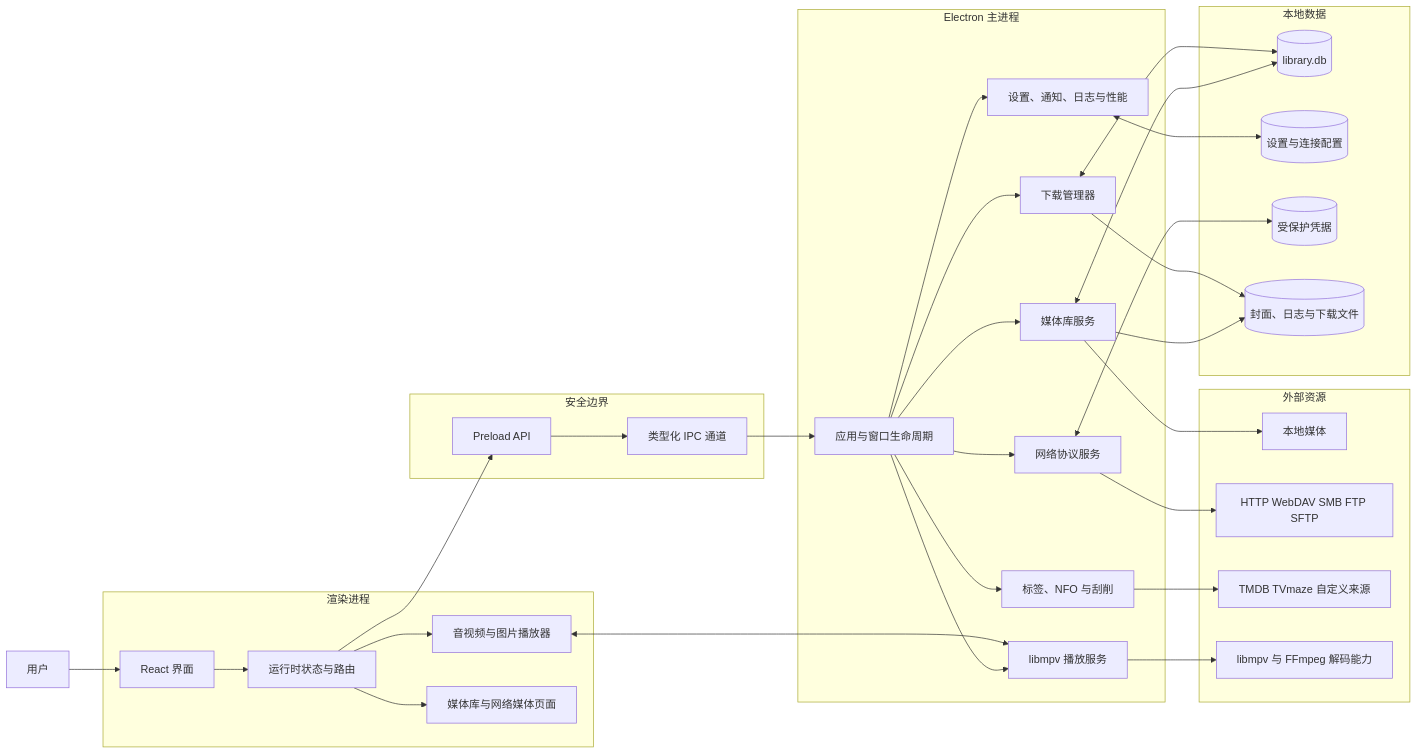
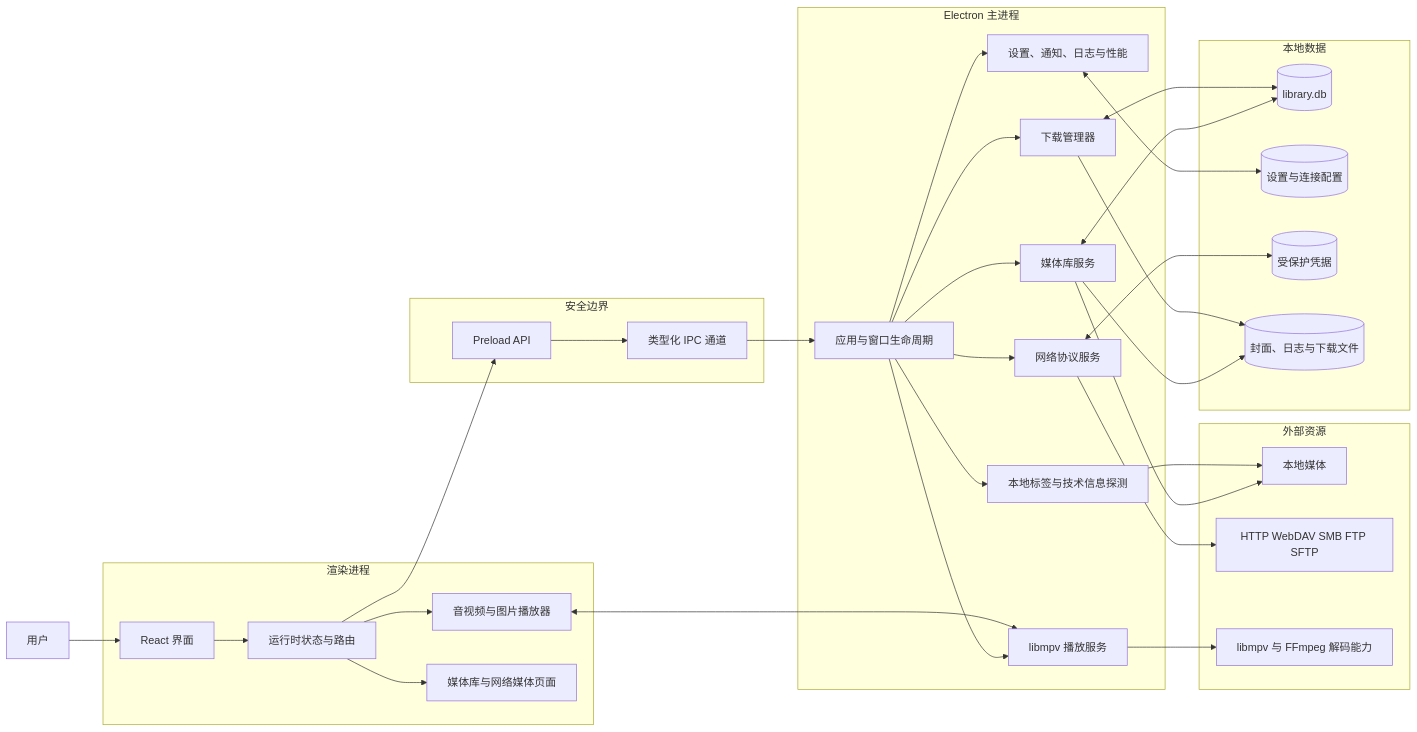
One commit to mrlei9264/AuroraPlayerNodeJs changed the diagram in docs/architecture.md. Above: the diagram before and after it, drawn with Mermaid. The commit also changed other lines of this file and 24 other files, not shown here.

````diff
--- a/docs/architecture.md
+++ b/docs/architecture.md
@@ -5,60 +5,59 @@
 ```mermaid
 flowchart LR
     User[用户] --> UI[React 界面]
 
     subgraph Renderer[渲染进程]
         UI --> Runtime[运行时状态与路由]
         Runtime --> PlayerUI[音视频与图片播放器]
         Runtime --> Pages[媒体库与网络媒体页面]
     end
 
     subgraph Bridge[安全边界]
         Preload[Preload API]
         IPC[类型化 IPC 通道]
     end
 
     subgraph Main[Electron 主进程]
         App[应用与窗口生命周期]
         Library[媒体库服务]
         Remote[网络协议服务]
         Download[下载管理器]
-        Metadata[标签、NFO 与刮削]
+        Metadata[本地标签与技术信息探测]
         System[设置、通知、日志与性能]
         MpvService[libmpv 播放服务]
     end
 
     subgraph Storage[本地数据]
         SQLite[(library.db)]
         Config[(设置与连接配置)]
         Security[(受保护凭据)]
         Files[(封面、日志与下载文件)]
     end
 
     subgraph External[外部资源]
         LocalMedia[本地媒体]
         NetworkMedia[HTTP WebDAV SMB FTP SFTP]
-        Scrapers[TMDB TVmaze 自定义来源]
         Libmpv[libmpv 与 FFmpeg 解码能力]
     end
 
     Runtime --> Preload --> IPC --> App
     App --> Library
     App --> Remote
     App --> Download
     App --> Metadata
     App --> System
     App --> MpvService
 
     Library <--> SQLite
     Download <--> SQLite
     System <--> Config
     Remote <--> Security
     Library --> Files
     Download --> Files
 
     Library --> LocalMedia
     Remote --> NetworkMedia
-    Metadata --> Scrapers
+    Metadata --> LocalMedia
     MpvService --> Libmpv
     PlayerUI <--> MpvService
 ```
````
